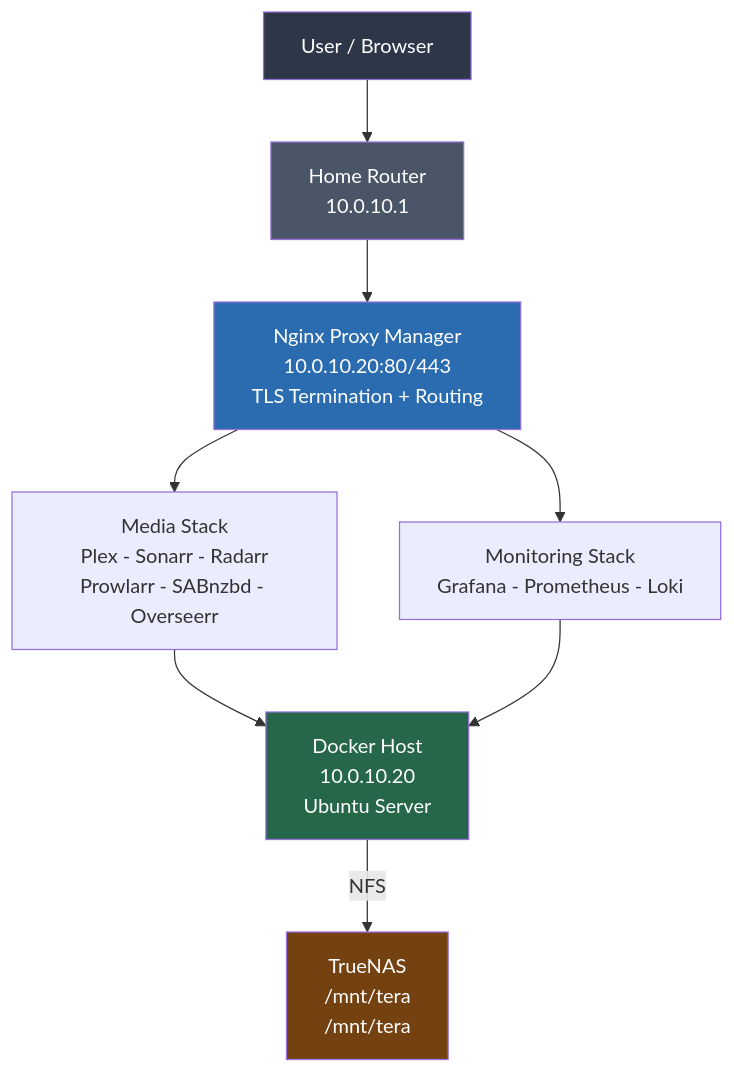
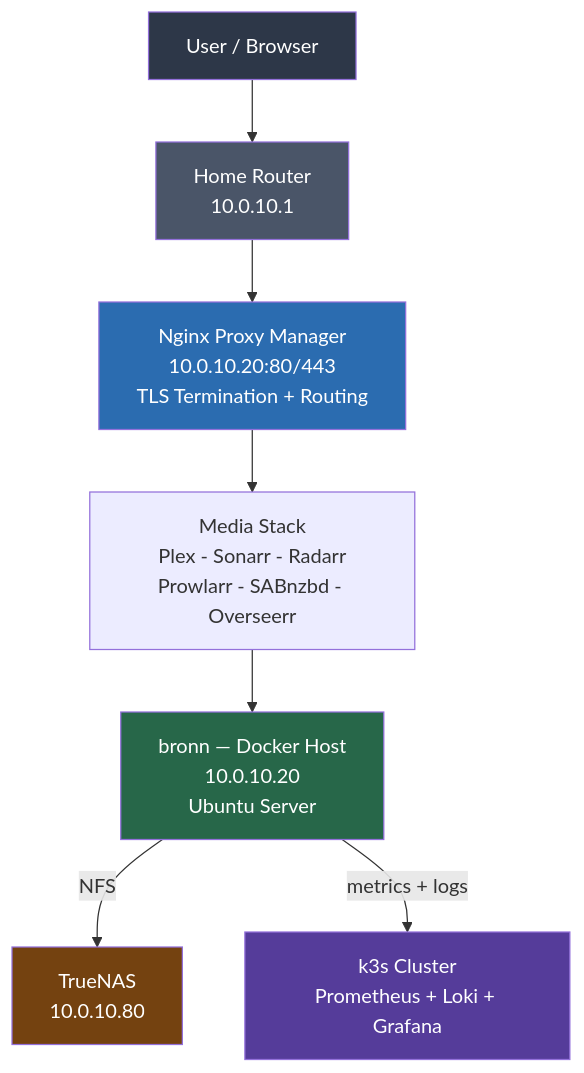
One commit to Kagiso-me/homelab-infrastructure changed the first of 2 diagrams in docker/docs/00_plan.md. Above: the diagram before and after it, drawn with Mermaid. The commit also changed other lines of this file and 44 other files, not shown here.

````diff
--- a/docker/docs/00_plan.md
+++ b/docker/docs/00_plan.md
@@ -146,16 +146,16 @@
 ```mermaid
 graph TD
     User["User / Browser"] --> Router["Home Router\n10.0.10.1"]
     Router --> NPM["Nginx Proxy Manager\n10.0.10.20:80/443\nTLS Termination + Routing"]
     NPM --> MediaStack["Media Stack\nPlex - Sonarr - Radarr\nProwlarr - SABnzbd - Overseerr"]
-    NPM --> MonStack["Monitoring Stack\nGrafana - Prometheus - Loki"]
-    MediaStack --> DockerHost["Docker Host\n10.0.10.20\nUbuntu Server"]
-    MonStack --> DockerHost
-    DockerHost -->|NFS| TrueNAS["TrueNAS\n/mnt/tera\n/mnt/tera"]
+    MediaStack --> DockerHost["bronn — Docker Host\n10.0.10.20\nUbuntu Server"]
+    DockerHost -->|NFS| TrueNAS["TrueNAS\n10.0.10.80"]
+    DockerHost -->|metrics + logs| K3S["k3s Cluster\nPrometheus + Loki + Grafana"]
 
     style User fill:#2d3748,color:#fff
     style Router fill:#4a5568,color:#fff
     style NPM fill:#2b6cb0,color:#fff
     style DockerHost fill:#276749,color:#fff
     style TrueNAS fill:#744210,color:#fff
+    style K3S fill:#553c9a,color:#fff
 ```
````
